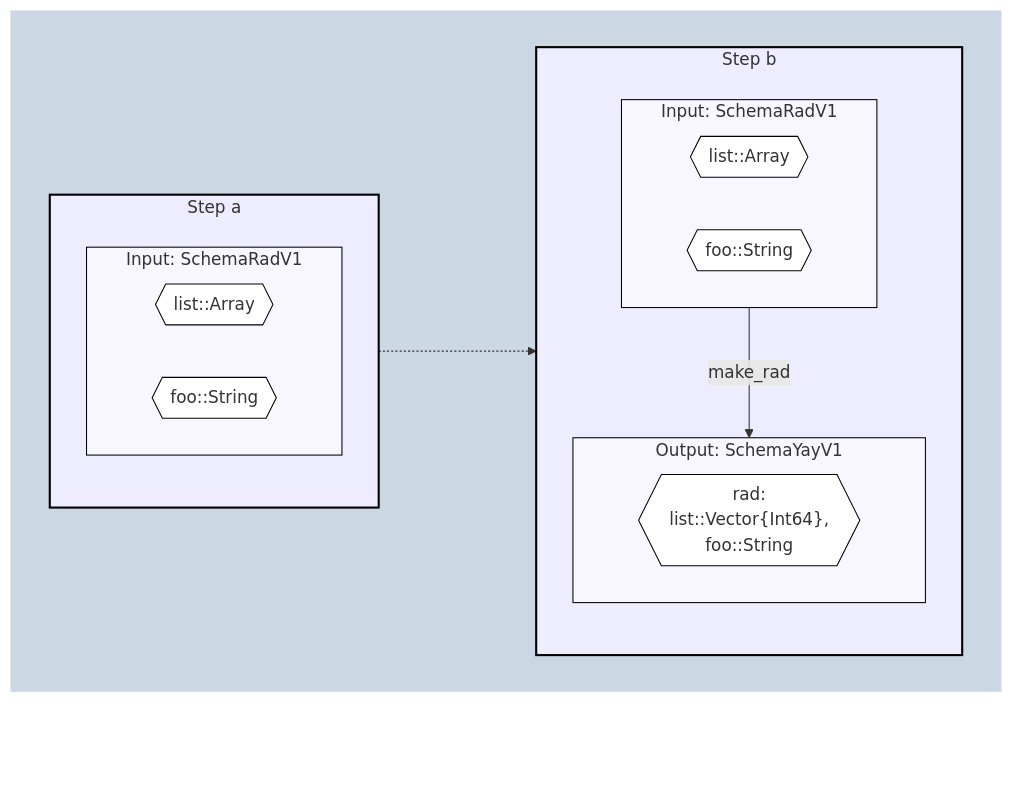
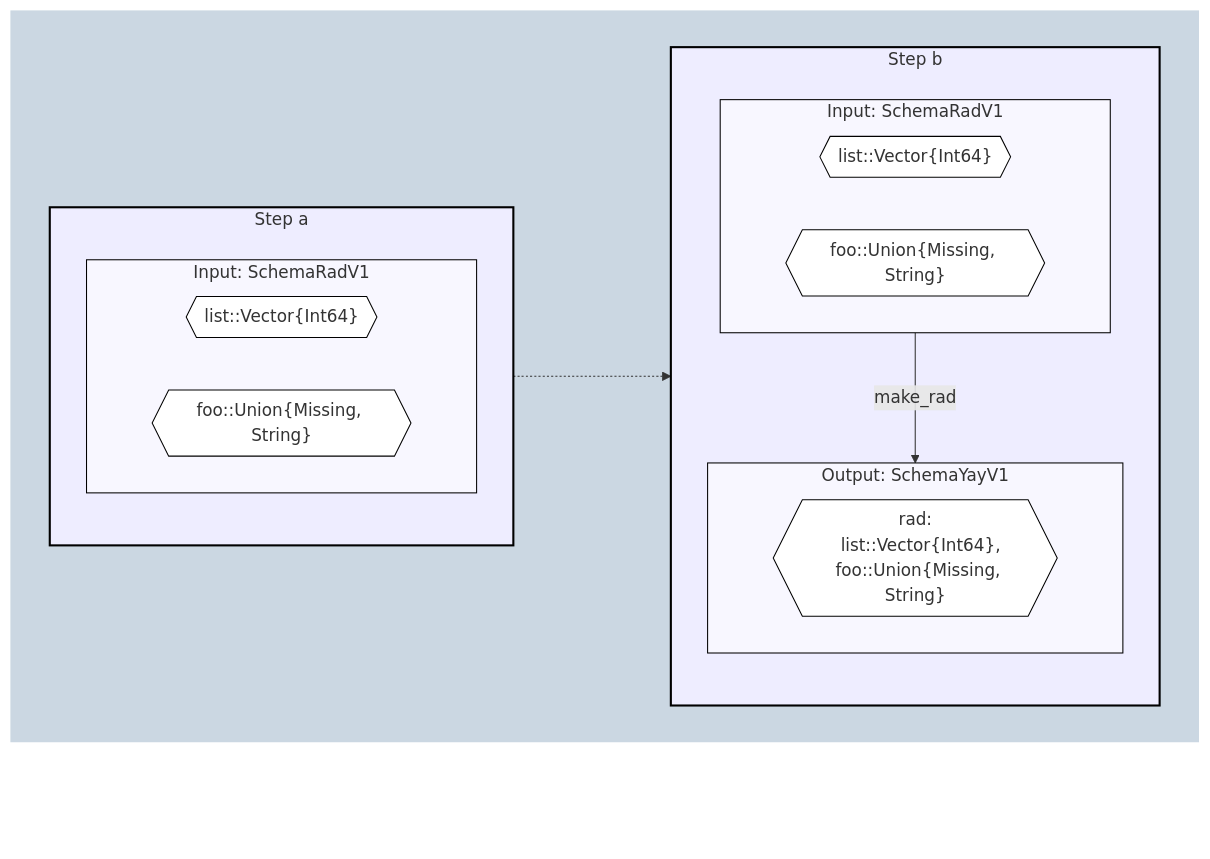
One commit to beacon-biosignals/TransformSpecifications.jl changed the diagram in test/reference_tests/mermaid_custom.md. Above: the diagram before and after it, drawn with Mermaid. The commit also changed 6 other files, not shown here.

First line of the commit message:
Tweak type printing again for mermaid diagrams (#26)

````diff
--- a/test/reference_tests/mermaid_custom.md
+++ b/test/reference_tests/mermaid_custom.md
@@ -1,48 +1,48 @@
 ```mermaid
 flowchart
 
 %% Define steps (nodes)
 subgraph OUTERLEVEL["` `"]
 direction LR
 subgraph STEP_A[Step a]
   direction TB
   subgraph STEP_A_InputSchema[Input: SchemaRadV1]
     direction RL
-    STEP_A_InputSchemalist{{"list::Array"}}
+    STEP_A_InputSchemalist{{"list::Vector{Int64}"}}
     class STEP_A_InputSchemalist classSpecField
-    STEP_A_InputSchemafoo{{"foo::String"}}
+    STEP_A_InputSchemafoo{{"foo::Union{Missing, String}"}}
     class STEP_A_InputSchemafoo classSpecField
   end
   class STEP_A_InputSchema classSpec
 end
 subgraph STEP_B[Step b]
   direction TB
   subgraph STEP_B_InputSchema[Input: SchemaRadV1]
     direction RL
-    STEP_B_InputSchemalist{{"list::Array"}}
+    STEP_B_InputSchemalist{{"list::Vector{Int64}"}}
     class STEP_B_InputSchemalist classSpecField
-    STEP_B_InputSchemafoo{{"foo::String"}}
+    STEP_B_InputSchemafoo{{"foo::Union{Missing, String}"}}
     class STEP_B_InputSchemafoo classSpecField
   end
   subgraph STEP_B_OutputSchema[Output: SchemaYayV1]
     direction RL
     STEP_B_OutputSchemarad{{"rad:
   list::Vector{Int64},
-  foo::String"}}
+  foo::Union{Missing, String}"}}
     class STEP_B_OutputSchemarad classSpecField
   end
   STEP_B_InputSchema:::classSpec -- make_rad --> STEP_B_OutputSchema:::classSpec
 end
 
 %% Link steps (edges)
 STEP_A:::classStep -..-> STEP_B:::classStep
 
 end
 OUTERLEVEL:::classOuter ~~~ OUTERLEVEL:::classOuter
 
 %% Styling definitions
 classDef classOuter fill:#cbd7e2,stroke:#000,stroke-width:0px;
 classDef classStep fill:#eeedff,stroke:#000,stroke-width:2px;
 classDef classSpec fill:#f8f7ff,stroke:#000,stroke-width:1px;
 classDef classSpecField fill:#fff,stroke:#000,stroke-width:1px;
 ```
````
